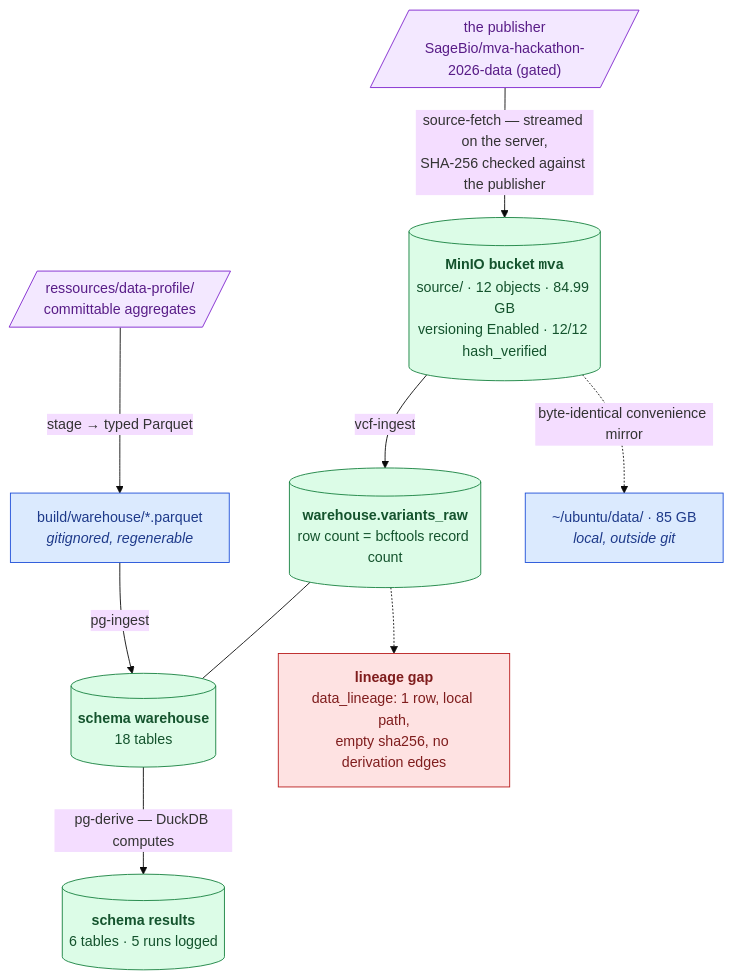
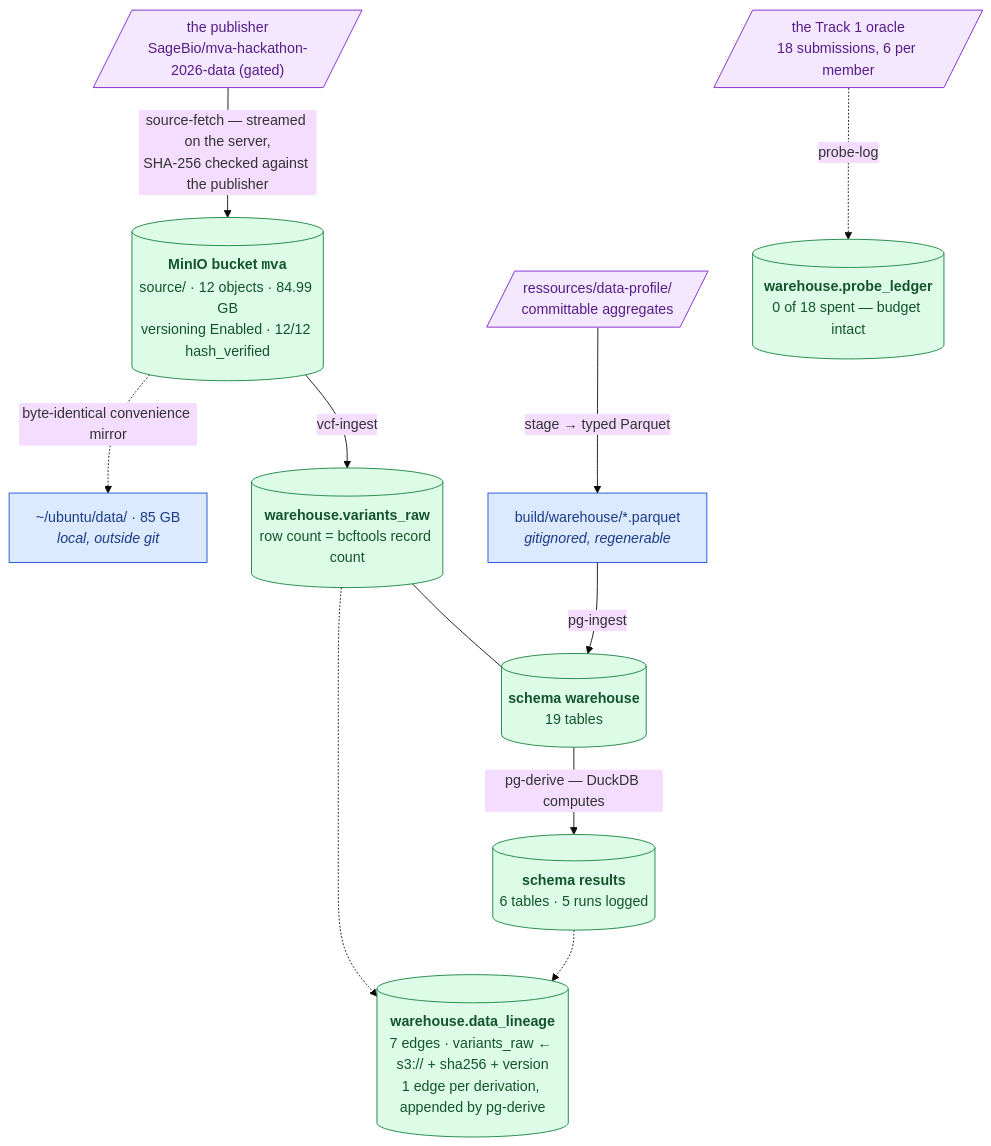
One commit to agharsallah/mva-hackathon changed the diagram in docs/current-state.md. Above: the diagram before and after it, drawn with Mermaid (base theme). The commit also changed other lines of this file and 11 other files, not shown here.

First line of the commit message:
feat(warehouse): close the lineage gap, add the oracle probe ledger

````diff
--- a/docs/current-state.md
+++ b/docs/current-state.md
@@ -16,17 +17,19 @@
 ```mermaid
 flowchart TB
   PUB[/"the publisher<br/>SageBio/mva-hackathon-2026-data (gated)"/]:::raw
   PUB -->|"source-fetch — streamed on the server,<br/>SHA-256 checked against the publisher"| S3[("<b>MinIO bucket <code>mva</code></b><br/>source/ · 12 objects · 84.99 GB<br/>versioning Enabled · 12/12 hash_verified")]:::good
   S3 -->|"vcf-ingest"| RAW[("<b>warehouse.variants_raw</b><br/>row count = bcftools record count")]:::good
   PROF[/"ressources/data-profile/<br/>committable aggregates"/]:::raw
   PROF -->|"stage → typed Parquet"| BUILD["build/warehouse/*.parquet<br/><i>gitignored, regenerable</i>"]:::neutral
-  BUILD -->|"pg-ingest"| WH[("<b>schema warehouse</b><br/>18 tables")]:::good
+  BUILD -->|"pg-ingest"| WH[("<b>schema warehouse</b><br/>19 tables")]:::good
   RAW --- WH
   WH -->|"pg-derive — DuckDB computes"| RES[("<b>schema results</b><br/>6 tables · 5 runs logged")]:::good
   S3 -.->|"byte-identical convenience mirror"| MIR["~/ubuntu/data/ · 85 GB<br/><i>local, outside git</i>"]:::neutral
-  RAW -.-> GAP["<b>lineage gap</b><br/>data_lineage: 1 row, local path,<br/>empty sha256, no derivation edges"]:::gap
+  RAW -.-> LIN[("<b>warehouse.data_lineage</b><br/>7 edges · variants_raw ← s3:// + sha256 + version<br/>1 edge per derivation, appended by pg-derive")]:::good
+  RES -.-> LIN
+  ORACLE[/"the Track 1 oracle<br/>18 submissions, 6 per member"/]:::raw
+  ORACLE -.->|"probe-log"| PROBE[("<b>warehouse.probe_ledger</b><br/>0 of 18 spent — budget intact")]:::good
   classDef raw fill:#f3e8ff,stroke:#7e22ce,color:#581c87
   classDef good fill:#dcfce7,stroke:#15803d,color:#14532d
   classDef neutral fill:#dbeafe,stroke:#1d4ed8,color:#1e3a8a
-  classDef gap fill:#fee2e2,stroke:#b91c1c,color:#7f1d1d
 ```
````
